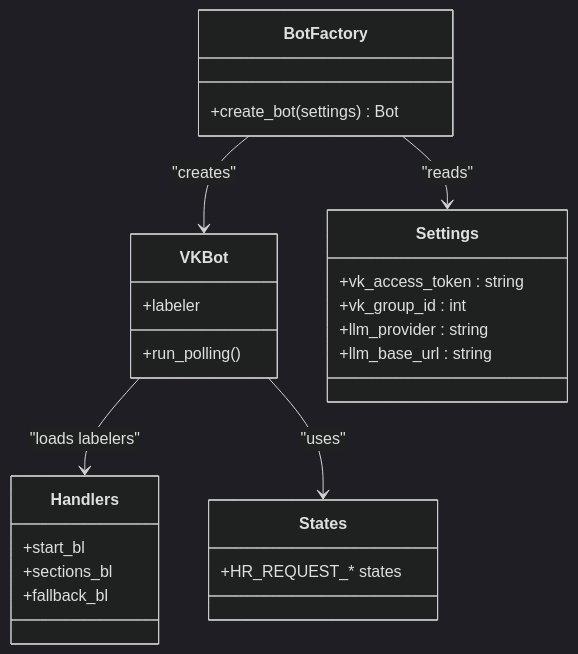
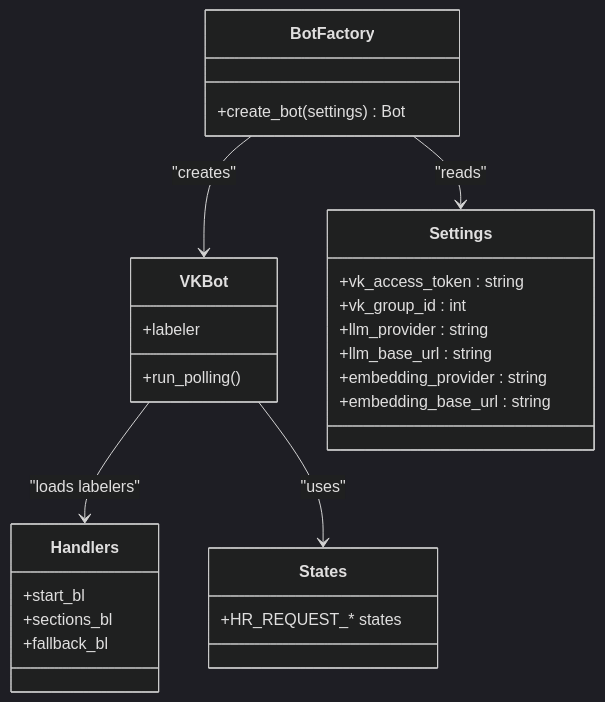
Before and after one commit to ognelis/cafetera_hr_bot: the fourth of 11 diagrams in .qoder/repowiki/en/content/Deployment and Operations.md, drawn with Mermaid (dark theme). The commit also changed other lines of this file and 4 other files, not shown here.

````diff
--- a/.qoder/repowiki/en/content/Deployment and Operations.md
+++ b/.qoder/repowiki/en/content/Deployment and Operations.md
@@ -202,28 +265,30 @@
 ```mermaid
 classDiagram
 class BotFactory {
 +create_bot(settings) Bot
 }
 class VKBot {
 +labeler
 +run_polling()
 }
 class Handlers {
 +start_bl
 +sections_bl
 +fallback_bl
 }
 class States {
 +HR_REQUEST_* states
 }
 class Settings {
 +vk_access_token : string
 +vk_group_id : int
 +llm_provider : string
 +llm_base_url : string
++embedding_provider : string
++embedding_base_url : string
 }
 BotFactory --> VKBot : "creates"
 VKBot --> Handlers : "loads labelers"
 VKBot --> States : "uses"
 BotFactory --> Settings : "reads"
 ```
````
